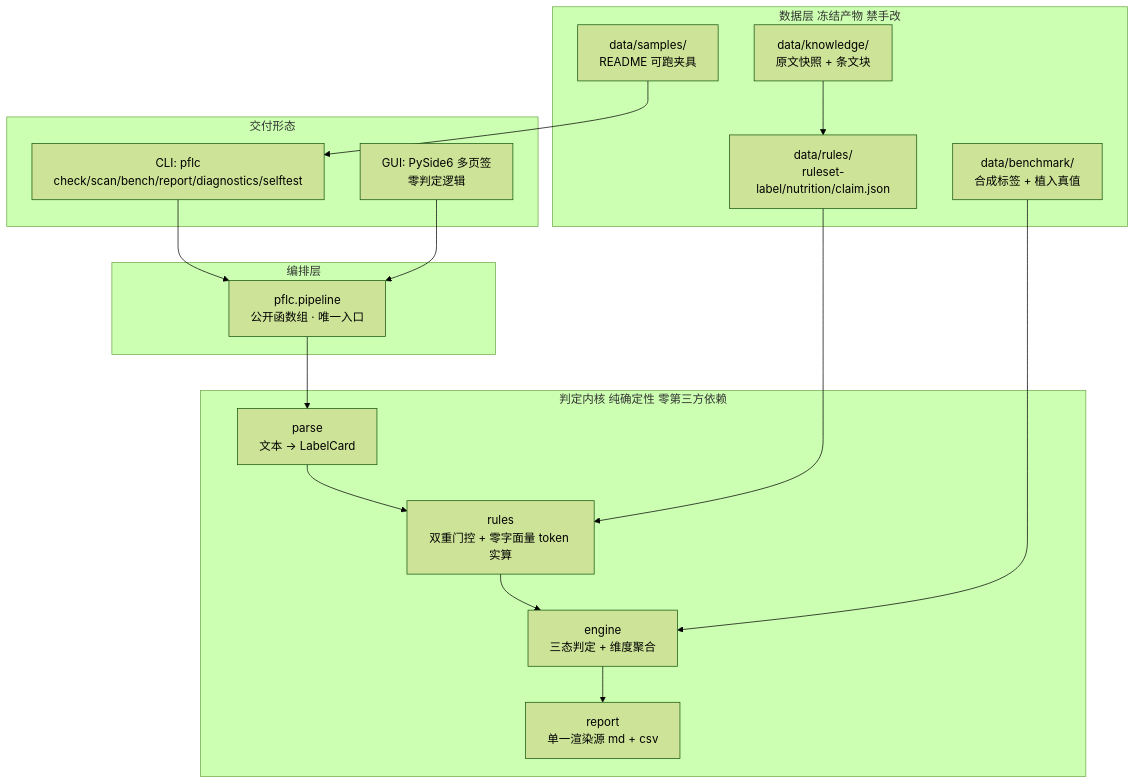
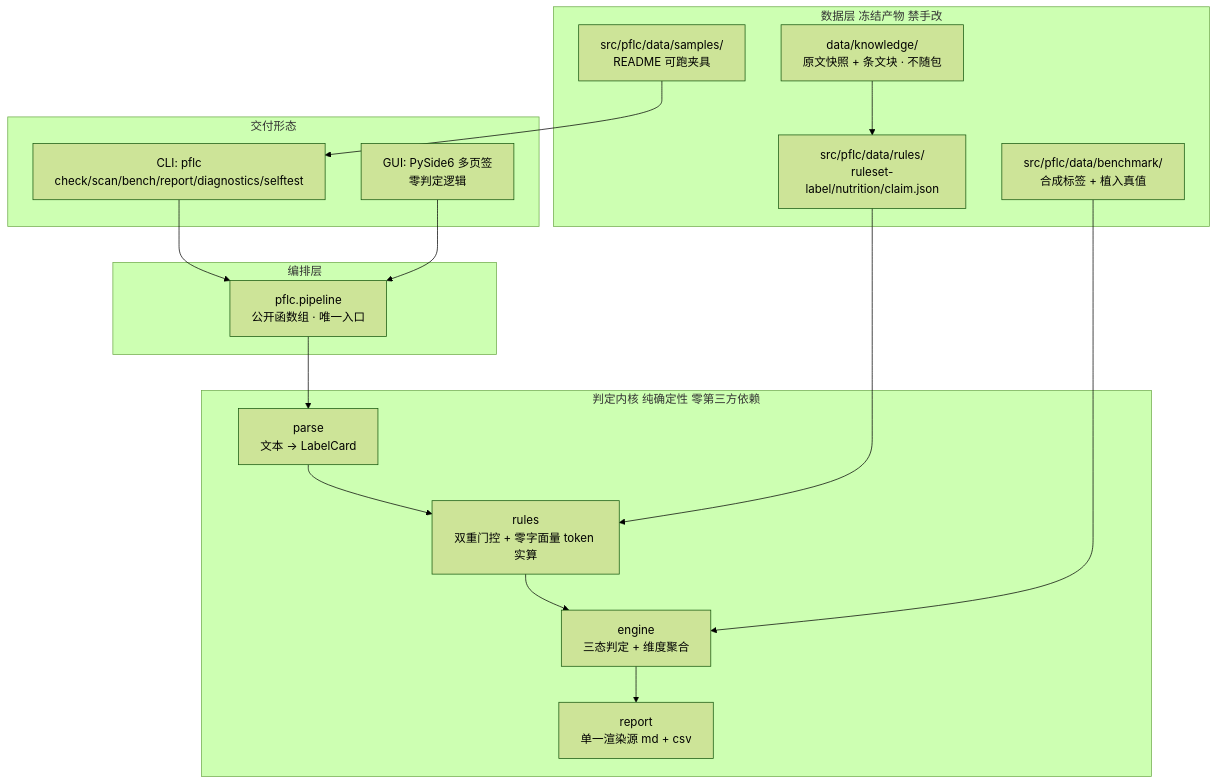
One commit to yuluo554/pet-food-label-checker changed the diagram in README.md. Above: the diagram before and after it, drawn with Mermaid (forest theme). The commit also changed other lines of this file and 44 other files, not shown here.

````diff
--- a/README.md
+++ b/README.md
@@ -59,33 +61,33 @@
 ```mermaid
 flowchart TD
     subgraph 交付形态
         CLI[CLI: pflc<br/>check/scan/bench/report/diagnostics/selftest]
         GUI[GUI: PySide6 多页签<br/>零判定逻辑]
     end
 
     subgraph 编排层
         PIPE[pflc.pipeline<br/>公开函数组 · 唯一入口]
     end
 
     subgraph 判定内核 纯确定性 零第三方依赖
         PARSE[parse<br/>文本 → LabelCard]
         RULES[rules<br/>双重门控 + 零字面量 token 实算]
         ENGINE[engine<br/>三态判定 + 维度聚合]
         REPORT[report<br/>单一渲染源 md + csv]
     end
 
     subgraph 数据层 冻结产物 禁手改
-        RP[data/rules/<br/>ruleset-label/nutrition/claim.json]
-        KB[data/knowledge/<br/>原文快照 + 条文块]
-        SAMP[data/samples/<br/>README 可跑夹具]
-        BENCH[data/benchmark/<br/>合成标签 + 植入真值]
+        RP[src/pflc/data/rules/<br/>ruleset-label/nutrition/claim.json]
+        KB[data/knowledge/<br/>原文快照 + 条文块 · 不随包]
+        SAMP[src/pflc/data/samples/<br/>README 可跑夹具]
+        BENCH[src/pflc/data/benchmark/<br/>合成标签 + 植入真值]
     end
 
     CLI --> PIPE
     GUI --> PIPE
     PIPE --> PARSE --> RULES --> ENGINE --> REPORT
     KB --> RP
     RP --> RULES
     BENCH --> ENGINE
     SAMP --> CLI
 ```
````
